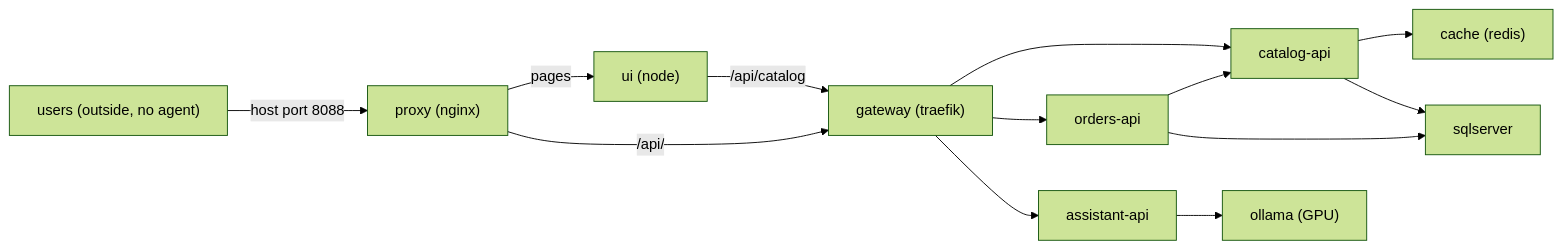
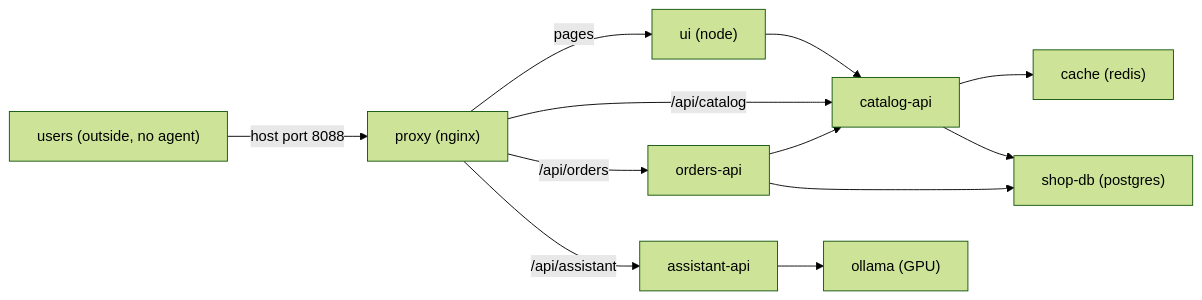
The diagram in docs/technical/README.md (famda/sounding), drawn with Mermaid (forest theme) before and after one commit. The commit also changed other lines of this file and 141 other files, not shown here.

````diff
--- a/docs/technical/README.md
+++ b/docs/technical/README.md
@@ -32,12 +40,13 @@
 ```mermaid
 flowchart LR
     users["users (outside, no agent)"] -- host port 8088 --> proxy["proxy (nginx)"]
     proxy -- pages --> ui["ui (node)"]
-    proxy -- /api/ --> gateway["gateway (traefik)"]
-    ui -- /api/catalog --> gateway
-    gateway --> catalog-api & orders-api & assistant-api
+    ui --> catalog-api
+    proxy -- /api/catalog --> catalog-api
+    proxy -- /api/orders --> orders-api
+    proxy -- /api/assistant --> assistant-api
     orders-api --> catalog-api
     catalog-api --> cache["cache (redis)"]
-    catalog-api & orders-api --> sqlserver
+    catalog-api & orders-api --> shop-db["shop-db (postgres)"]
     assistant-api --> ollama["ollama (GPU)"]
 ```
````
